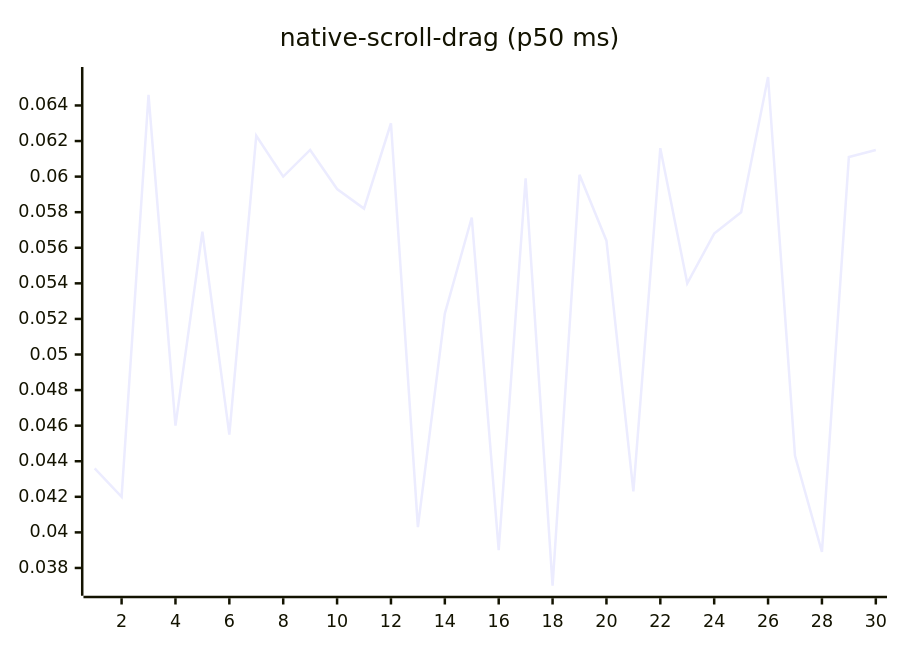
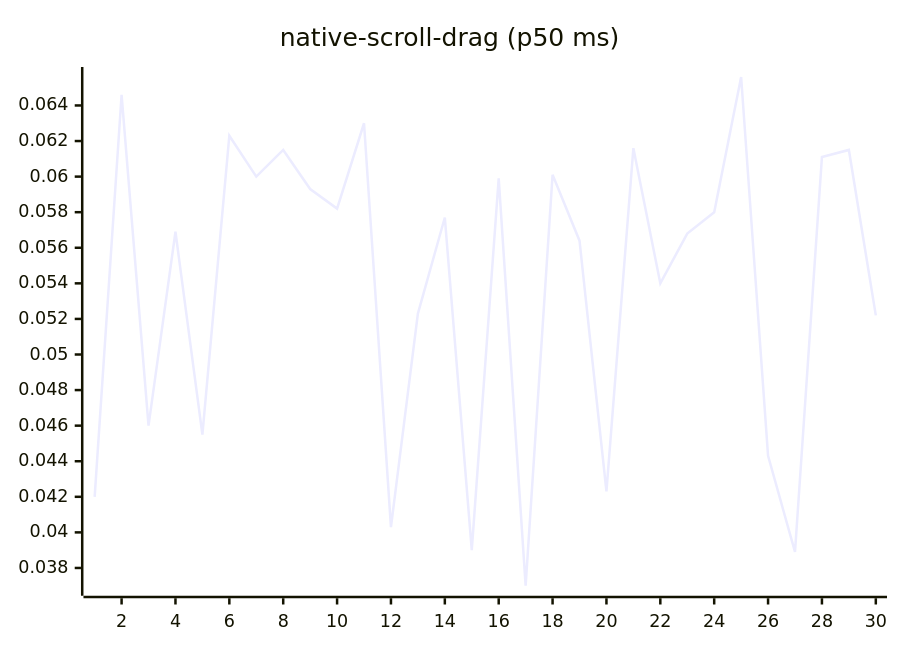
Diagram 14 of 27 in README.md (josha/Facet), drawn with Mermaid before and after one commit. The commit also changed other lines of this file and 2 other files, not shown here.

````diff
--- a/README.md
+++ b/README.md
@@ -154,6 +154,6 @@
 ```mermaid
 xychart-beta
     title "native-scroll-drag (p50 ms)"
     x-axis 1 --> 30
-    line [0.0436, 0.0420, 0.0646, 0.0460, 0.0569, 0.0455, 0.0623, 0.0600, 0.0615, 0.0593, 0.0582, 0.0630, 0.0403, 0.0523, 0.0577, 0.0390, 0.0599, 0.0370, 0.0601, 0.0564, 0.0423, 0.0616, 0.0540, 0.0568, 0.0580, 0.0656, 0.0443, 0.0389, 0.0611, 0.0615]
+    line [0.0420, 0.0646, 0.0460, 0.0569, 0.0455, 0.0623, 0.0600, 0.0615, 0.0593, 0.0582, 0.0630, 0.0403, 0.0523, 0.0577, 0.0390, 0.0599, 0.0370, 0.0601, 0.0564, 0.0423, 0.0616, 0.0540, 0.0568, 0.0580, 0.0656, 0.0443, 0.0389, 0.0611, 0.0615, 0.0522]
 ```
````
